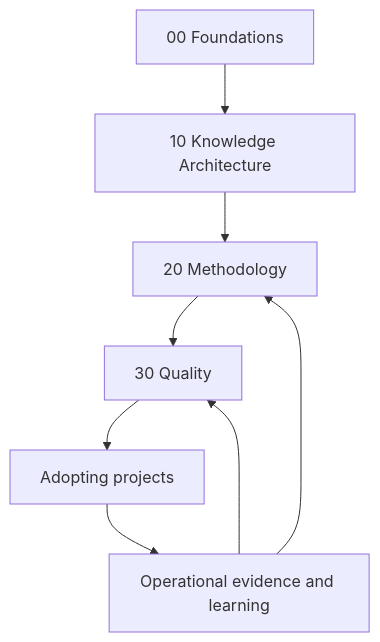
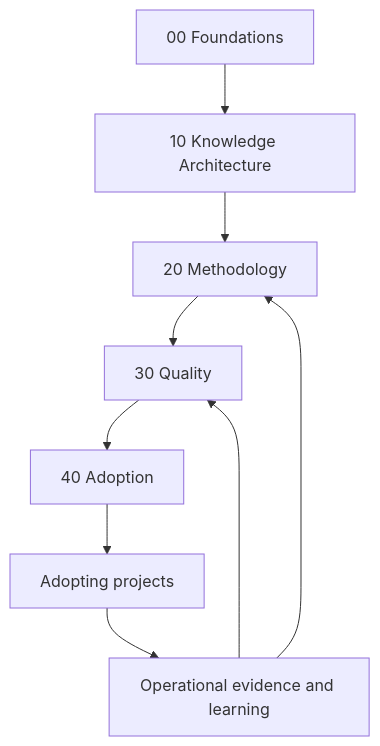
Before and after one commit to KrzysztofOle/knowledge-driven-development: the diagram in README.md, drawn with Mermaid. The commit also changed other lines of this file, not shown here.

Commit message:
docs: add KDD adoption layer to methodology index

```diff
--- a/README.md
+++ b/README.md
@@ -9,10 +9,11 @@
 ~~~mermaid
 flowchart TD
     A["00 Foundations"] --> B["10 Knowledge Architecture"]
     B --> C["20 Methodology"]
     C --> D["30 Quality"]
-    D --> E["Adopting projects"]
-    E --> F["Operational evidence and learning"]
-    F --> D
-    F --> C
+    D --> E["40 Adoption"]
+    E --> F["Adopting projects"]
+    F --> G["Operational evidence and learning"]
+    G --> D
+    G --> C
 ~~~
```
